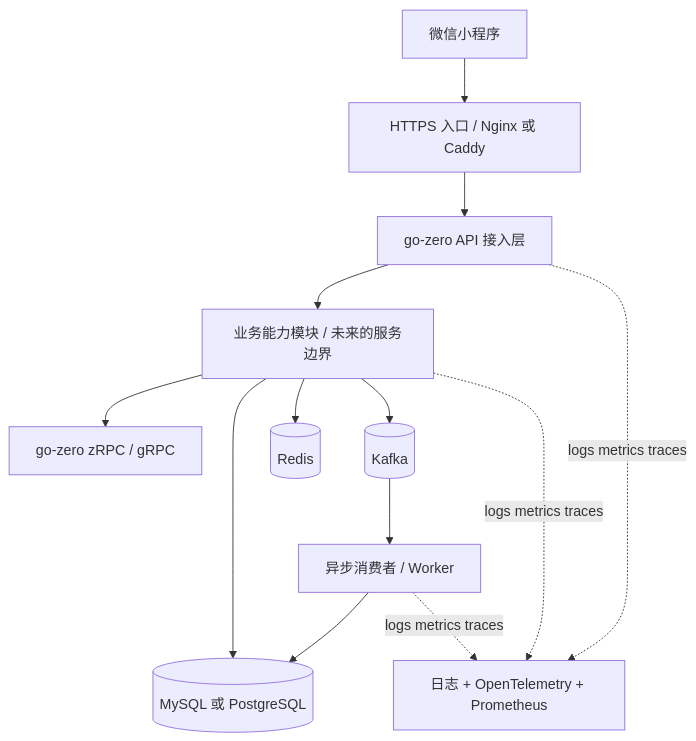
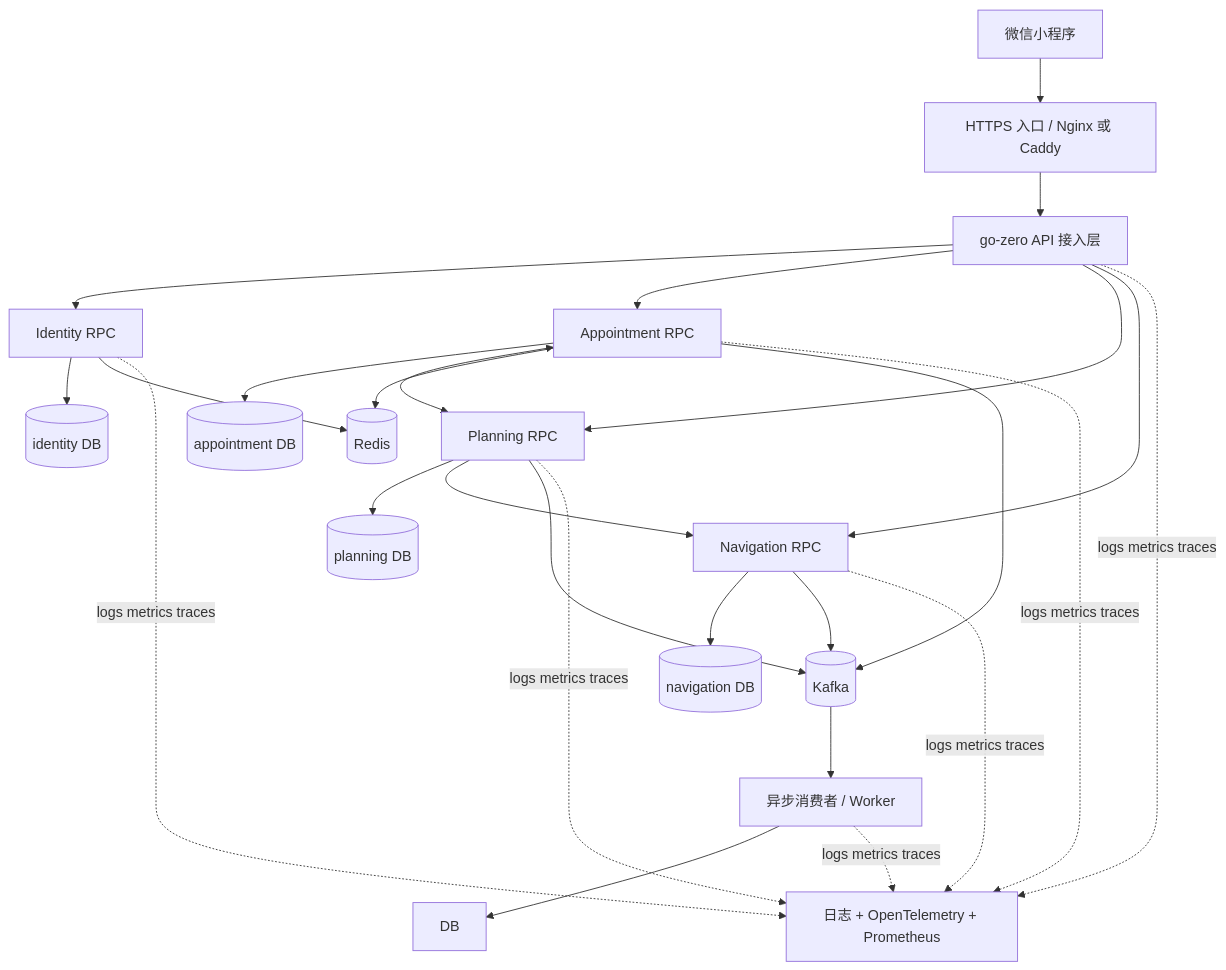
One commit to bctd7/Hospital changed the diagram in plan/00-overall-technical-plan.md. Above: the diagram before and after it, drawn with Mermaid. The commit also changed other lines of this file and 9 other files, not shown here.

````diff
--- a/plan/00-overall-technical-plan.md
+++ b/plan/00-overall-technical-plan.md
@@ -76,18 +76,33 @@
 ```mermaid
 flowchart TB
     MP["微信小程序"] --> EDGE["HTTPS 入口 / Nginx 或 Caddy"]
     EDGE --> API["go-zero API 接入层"]
 
-    API --> CAP["业务能力模块 / 未来的服务边界"]
-    CAP --> RPC["go-zero zRPC / gRPC"]
-    CAP --> DB[("MySQL 或 PostgreSQL")]
-    CAP --> REDIS[("Redis")]
-    CAP --> KAFKA[("Kafka")]
+    API --> ID["Identity RPC"]
+    API --> APPT["Appointment RPC"]
+    API --> PLAN["Planning RPC"]
+    API --> NAV["Navigation RPC"]
+
+    ID --> IDDB[("identity DB")]
+    APPT --> APPTDB[("appointment DB")]
+    PLAN --> PLANDB[("planning DB")]
+    NAV --> NAVDB[("navigation DB")]
+
+    APPT <--> PLAN
+    PLAN --> NAV
+    ID --> REDIS[("Redis")]
+    APPT --> REDIS
+    APPT --> KAFKA[("Kafka")]
+    PLAN --> KAFKA
+    NAV --> KAFKA
 
     KAFKA --> WORKER["异步消费者 / Worker"]
     WORKER --> DB
 
     API -. logs metrics traces .-> OBS["日志 + OpenTelemetry + Prometheus"]
-    CAP -. logs metrics traces .-> OBS
+    ID -. logs metrics traces .-> OBS
+    APPT -. logs metrics traces .-> OBS
+    PLAN -. logs metrics traces .-> OBS
+    NAV -. logs metrics traces .-> OBS
     WORKER -. logs metrics traces .-> OBS
 ```
````
